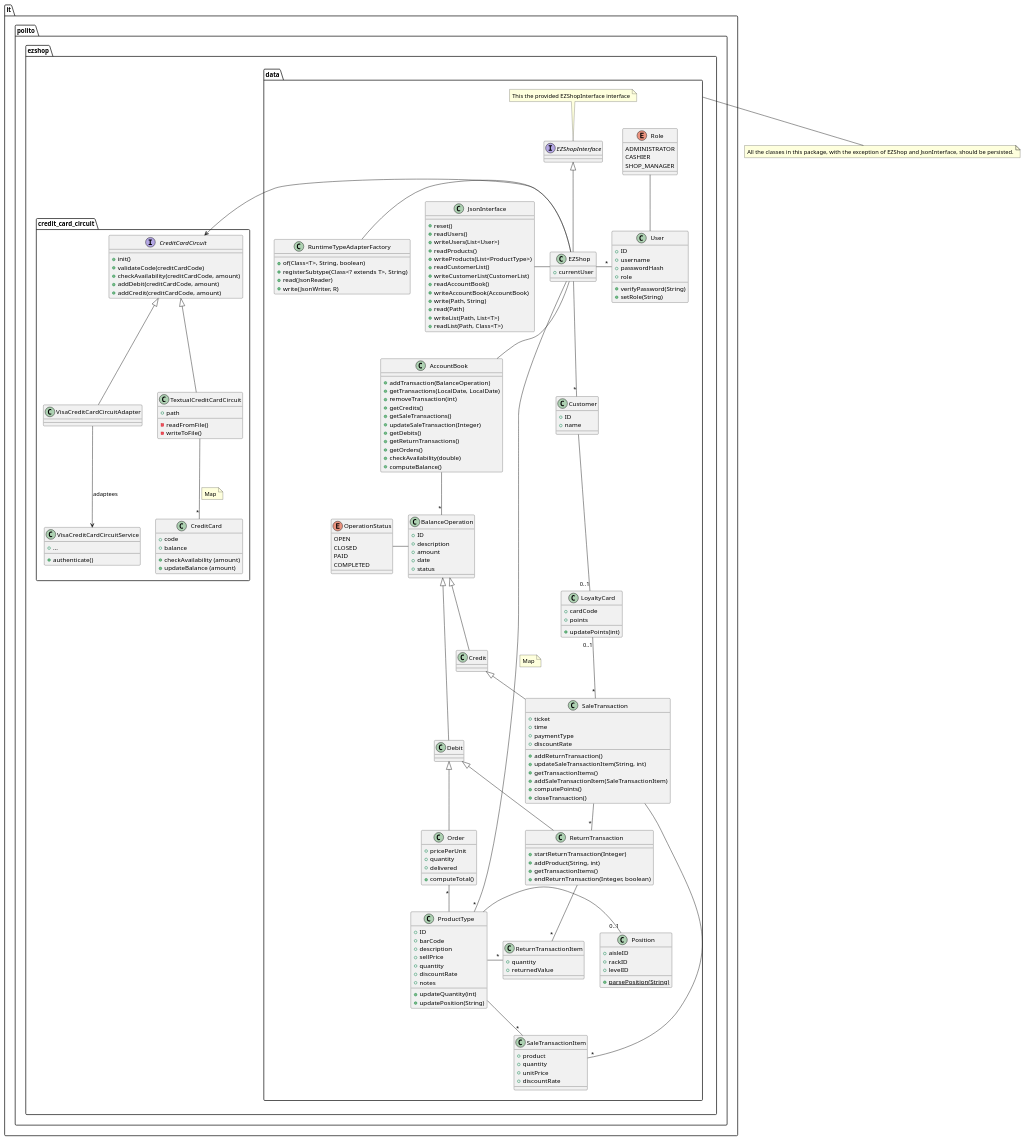
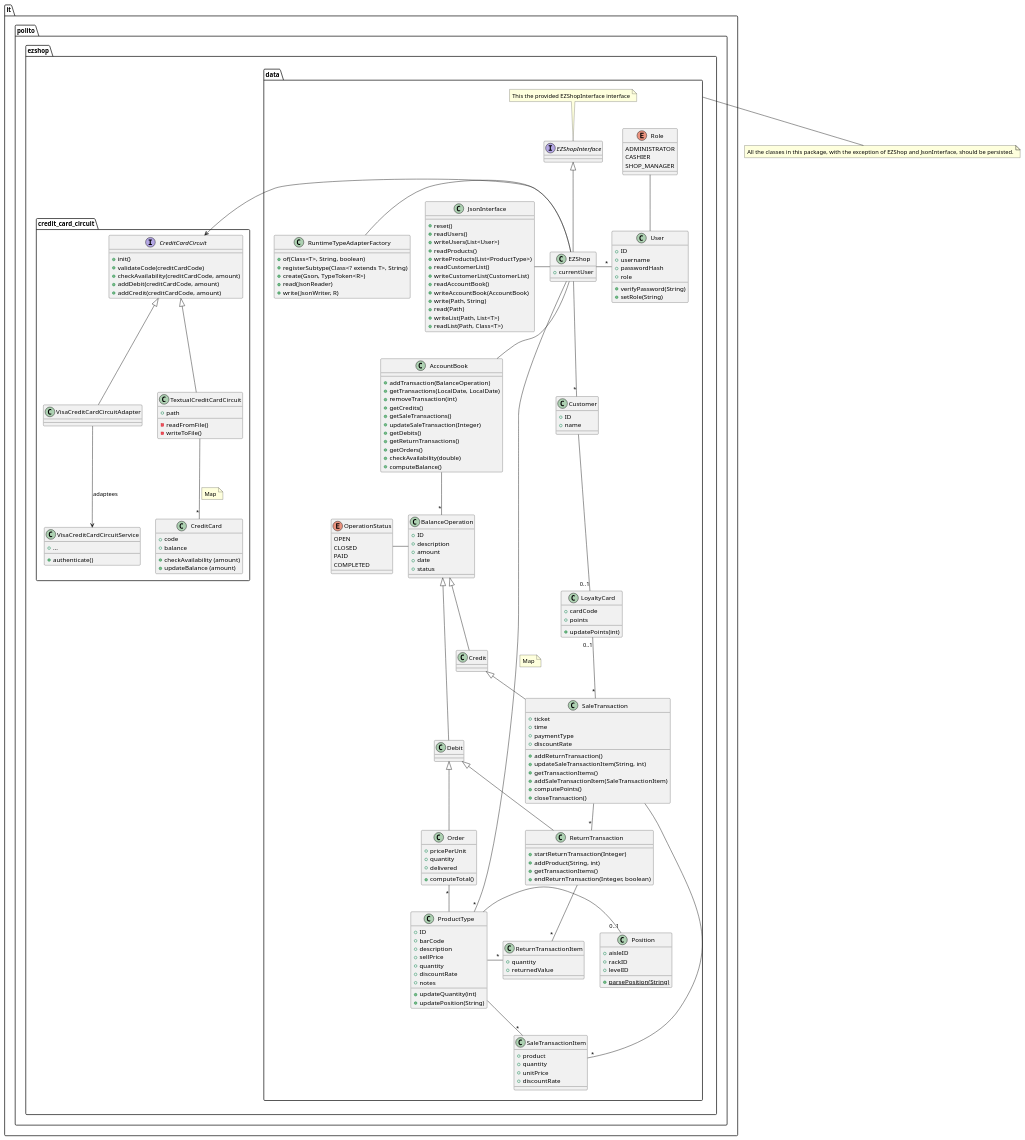
Before and after one commit to polito-se2-21-r03/se1-ezshop: the third of 13 diagrams in Deliverables/DesignDocument.md, drawn with PlantUML.

Commit message:
some changes in design document

```diff
--- a/Deliverables/DesignDocument.md
+++ b/Deliverables/DesignDocument.md
@@ -138,6 +138,7 @@
 class RuntimeTypeAdapterFactory {
     + of(Class<T>, String, boolean)
     + registerSubtype(Class<? extends T>, String)
+    + create(Gson, TypeToken<R>)
     + read(JsonReader)
     +write(JsonWriter, R)
 }
```
